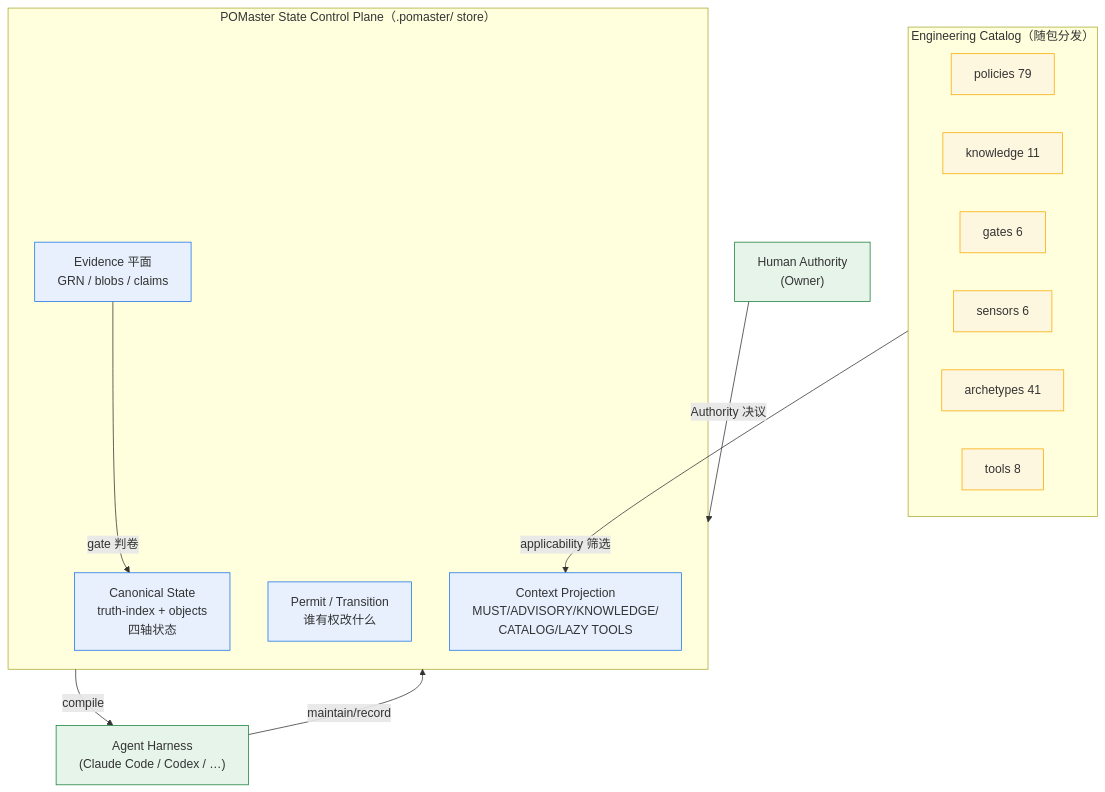
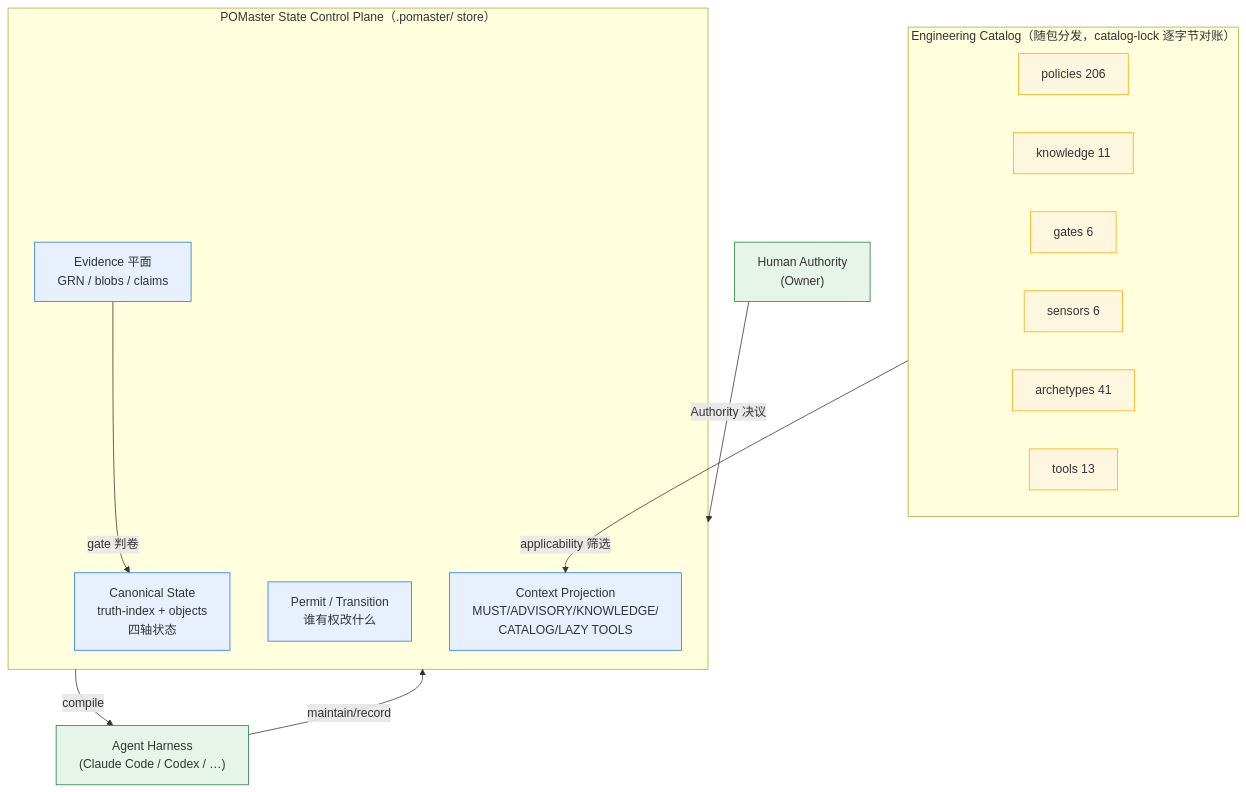
One commit to River-Singer/POMaster_VNext changed the first of 6 diagrams in README.md. Above: the diagram before and after it, drawn with Mermaid. The commit also changed other lines of this file, not shown here.

First line of the commit message:
docs(readme): v0.4.0 口径更新——catalog 206/13 计数、SPEC 预植、session 八段分段、CRC 套件

````diff
--- a/README.md
+++ b/README.md
@@ -170,28 +171,28 @@
 ```mermaid
 flowchart TB
   subgraph PLANE["POMaster State Control Plane（.pomaster/ store）"]
     STATE["Canonical State<br/>truth-index + objects<br/>四轴状态"]:::core
     PERMIT["Permit / Transition<br/>谁有权改什么"]:::core
     EVI["Evidence 平面<br/>GRN / blobs / claims"]:::core
     PROJ["Context Projection<br/>MUST/ADVISORY/KNOWLEDGE/<br/>CATALOG/LAZY TOOLS"]:::core
   end
-  subgraph CAT["Engineering Catalog（随包分发）"]
-    POL["policies 79"]:::cat
+  subgraph CAT["Engineering Catalog（随包分发，catalog-lock 逐字节对账）"]
+    POL["policies 206"]:::cat
     KN["knowledge 11"]:::cat
     GT["gates 6"]:::cat
     SEN["sensors 6"]:::cat
     ARC["archetypes 41"]:::cat
-    TOO["tools 8"]:::cat
+    TOO["tools 13"]:::cat
   end
   AGENT["Agent Harness<br/>(Claude Code / Codex / …)"]:::ext
   HUMAN["Human Authority<br/>(Owner)"]:::ext
 
   HUMAN -- Authority 决议 --> PLANE
   PLANE -- compile --> AGENT
   AGENT -- maintain/record --> PLANE
   CAT -- applicability 筛选 --> PROJ
   EVI -- gate 判卷 --> STATE
   classDef core fill:#e8f0fe,stroke:#1a73e8
   classDef cat fill:#fef7e0,stroke:#f9ab00
   classDef ext fill:#e6f4ea,stroke:#188038
 ```
````
